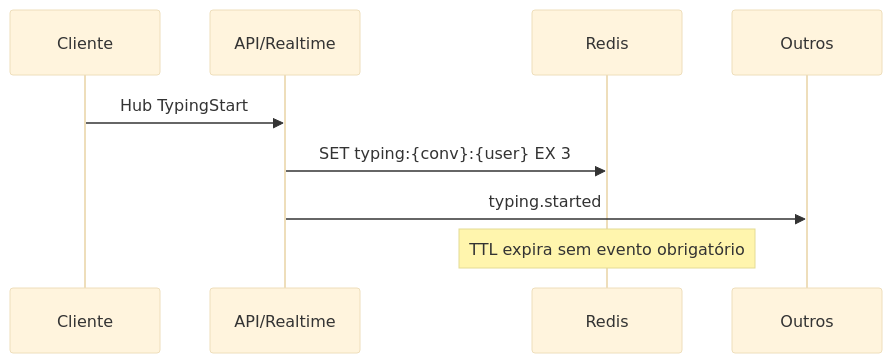
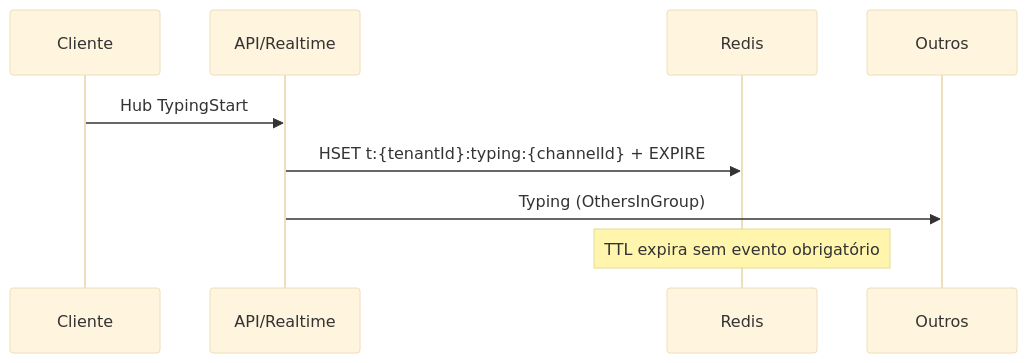
The second of 2 diagrams in docs/architecture/fluxo-envio-mensagem.md (Guigass/vibe-chat), drawn with Mermaid (base theme) before and after one commit. The commit also changed 4 other files, not shown here.

````diff
--- a/docs/architecture/fluxo-envio-mensagem.md
+++ b/docs/architecture/fluxo-envio-mensagem.md
@@ -73,12 +73,12 @@
 ```mermaid
 sequenceDiagram
   participant C as Cliente
   participant API as API/Realtime
   participant RD as Redis
   participant C2 as Outros
 
   C->>API: Hub TypingStart
-  API->>RD: SET typing:{conv}:{user} EX 3
-  API->>C2: typing.started
+  API->>RD: HSET t:{tenantId}:typing:{channelId} + EXPIRE
+  API->>C2: Typing (OthersInGroup)
   Note over RD: TTL expira sem evento obrigatório
 ```
````
